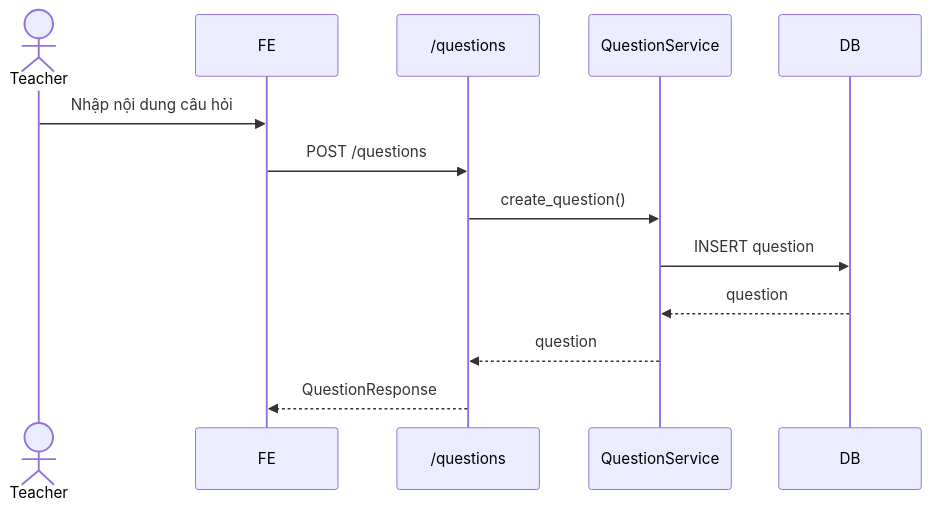
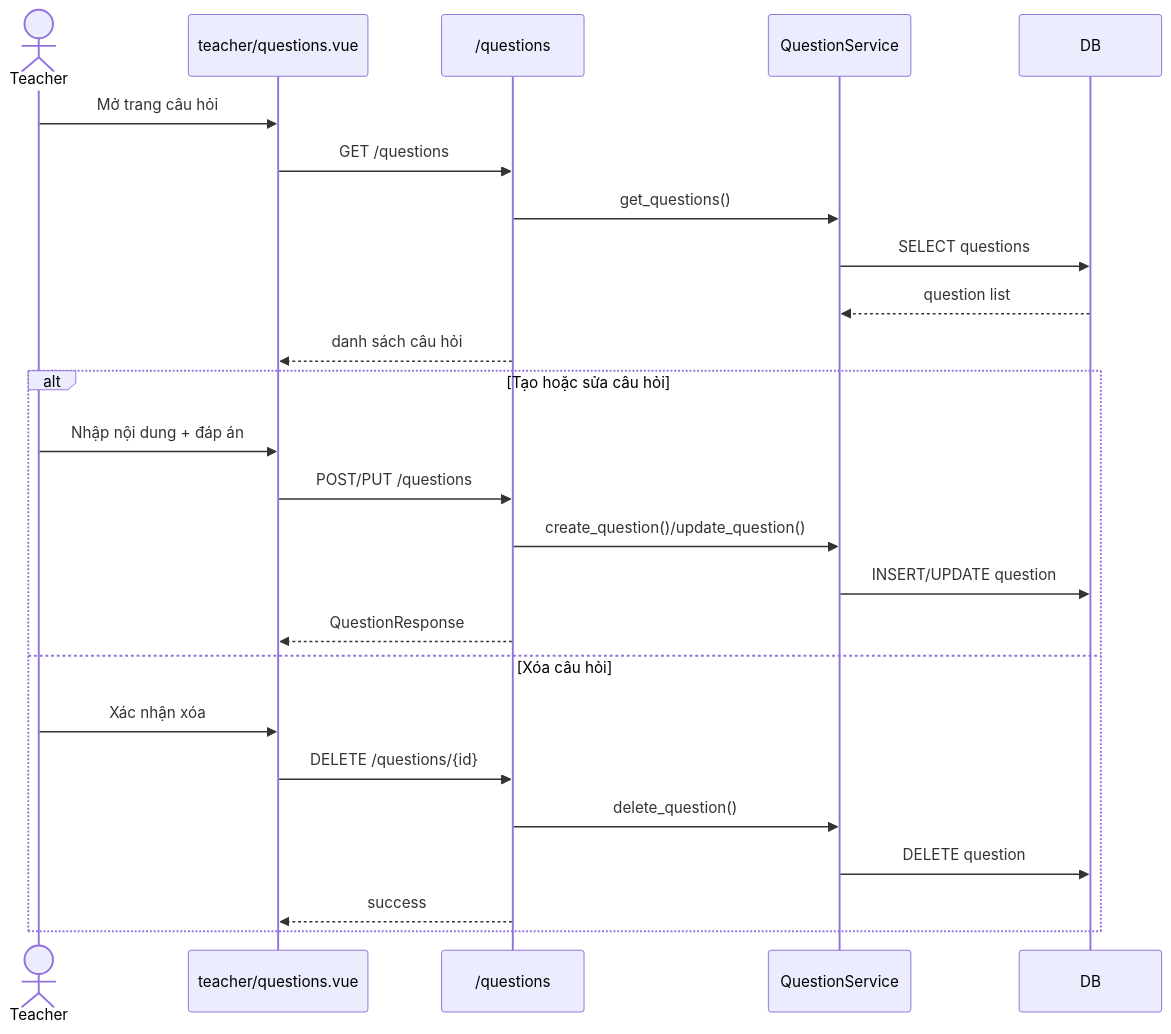
Diagram 11 of 16 in docs/UML.md (Tedomi2525/My_project), drawn with Mermaid before and after one commit. The commit also changed other lines of this file, not shown here.

````diff
--- a/docs/UML.md
+++ b/docs/UML.md
@@ -410,16 +621,29 @@
 ```mermaid
 sequenceDiagram
 actor Teacher
-participant FE
+participant QuestionPage as teacher/questions.vue
 participant QuestionAPI as /questions
 participant QuestionService
 participant DB
 
-Teacher->>FE: Nhập nội dung câu hỏi
-FE->>QuestionAPI: POST /questions
-QuestionAPI->>QuestionService: create_question()
-QuestionService->>DB: INSERT question
-DB-->>QuestionService: question
-QuestionService-->>QuestionAPI: question
-QuestionAPI-->>FE: QuestionResponse
+Teacher->>QuestionPage: Mở trang câu hỏi
+QuestionPage->>QuestionAPI: GET /questions
+QuestionAPI->>QuestionService: get_questions()
+QuestionService->>DB: SELECT questions
+DB-->>QuestionService: question list
+QuestionAPI-->>QuestionPage: danh sách câu hỏi
+
+alt Tạo hoặc sửa câu hỏi
+  Teacher->>QuestionPage: Nhập nội dung + đáp án
+  QuestionPage->>QuestionAPI: POST/PUT /questions
+  QuestionAPI->>QuestionService: create_question()/update_question()
+  QuestionService->>DB: INSERT/UPDATE question
+  QuestionAPI-->>QuestionPage: QuestionResponse
+else Xóa câu hỏi
+  Teacher->>QuestionPage: Xác nhận xóa
+  QuestionPage->>QuestionAPI: DELETE /questions/{id}
+  QuestionAPI->>QuestionService: delete_question()
+  QuestionService->>DB: DELETE question
+  QuestionAPI-->>QuestionPage: success
+end
 ```
````
